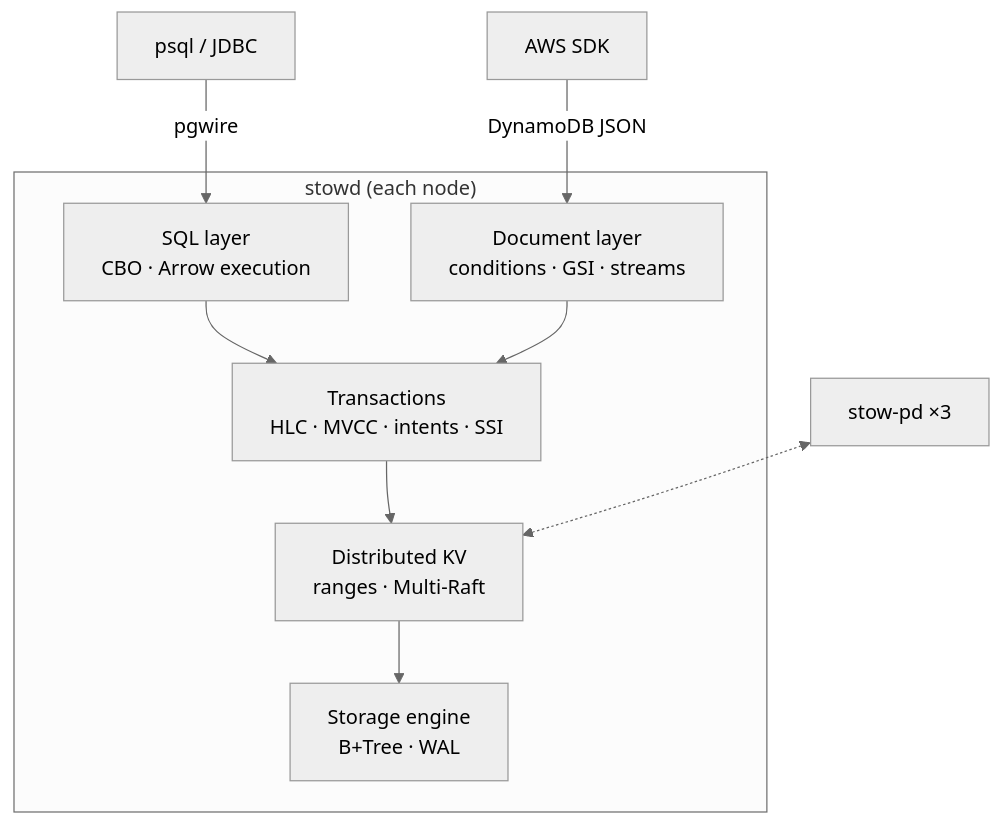
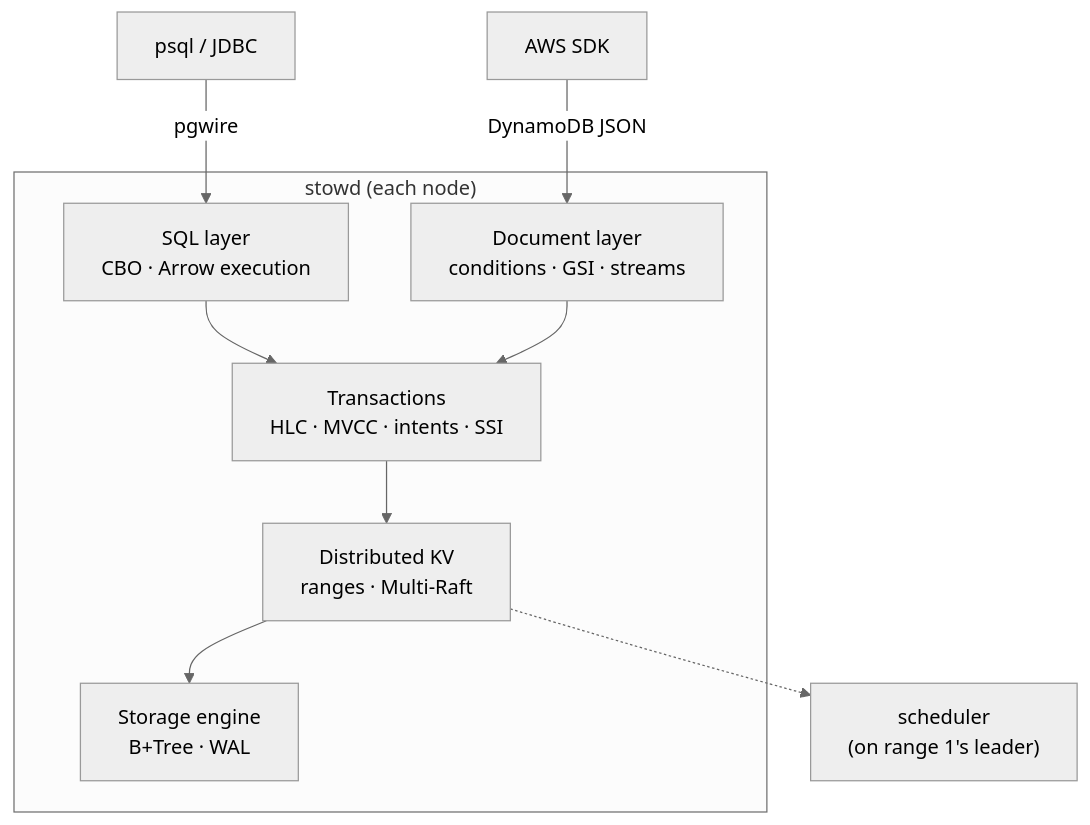
One commit to FufanLu/Stowage changed the diagram in README.md. Above: the diagram before and after it, drawn with Mermaid (neutral theme). The commit also changed other lines of this file and 41 other files, not shown here.

````diff
--- a/README.md
+++ b/README.md
@@ -26,16 +26,16 @@
 ```mermaid
 flowchart TB
   pg["psql / JDBC"] -->|pgwire| sql
   ddb["AWS SDK"] -->|DynamoDB JSON| doc
   subgraph stowd["stowd (each node)"]
     sql["SQL layer<br/>CBO · Arrow execution"]
     doc["Document layer<br/>conditions · GSI · streams"]
     txn["Transactions<br/>HLC · MVCC · intents · SSI"]
     kv["Distributed KV<br/>ranges · Multi-Raft"]
     se["Storage engine<br/>B+Tree · WAL"]
     sql --> txn
     doc --> txn
     txn --> kv --> se
   end
-  pd["stow-pd ×3"] <-.-> kv
+  kv -.-> sched["scheduler<br/>(on range 1's leader)"]
 ```
````
